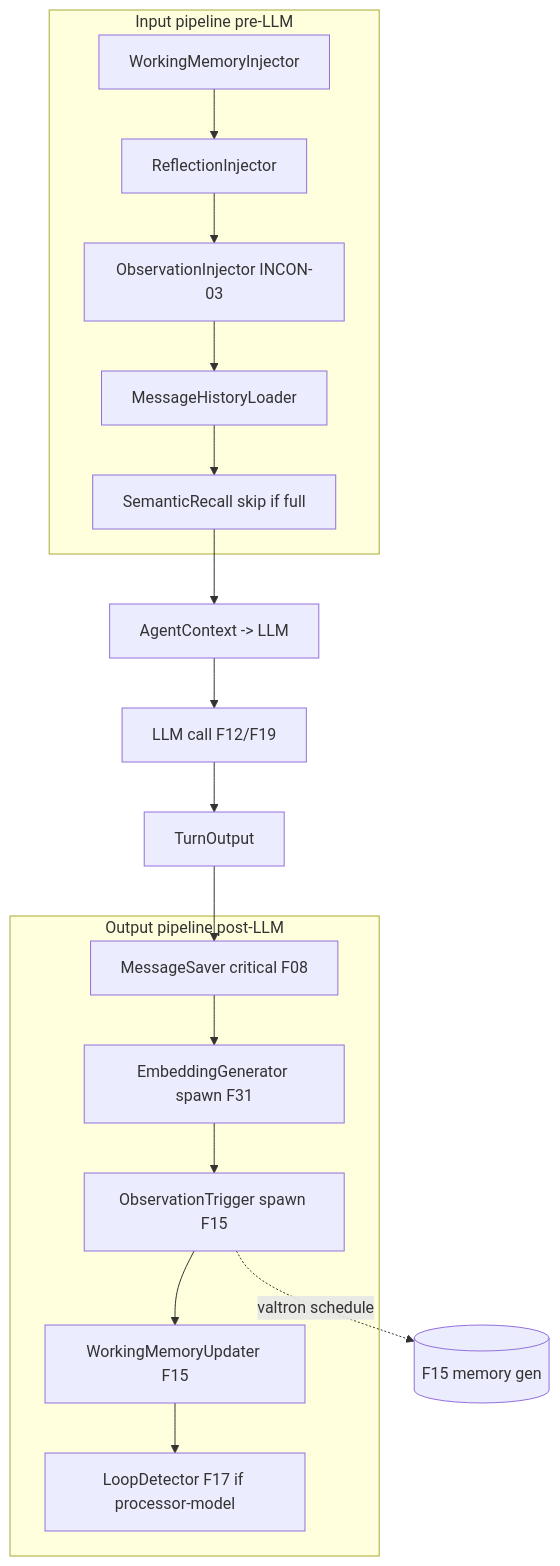
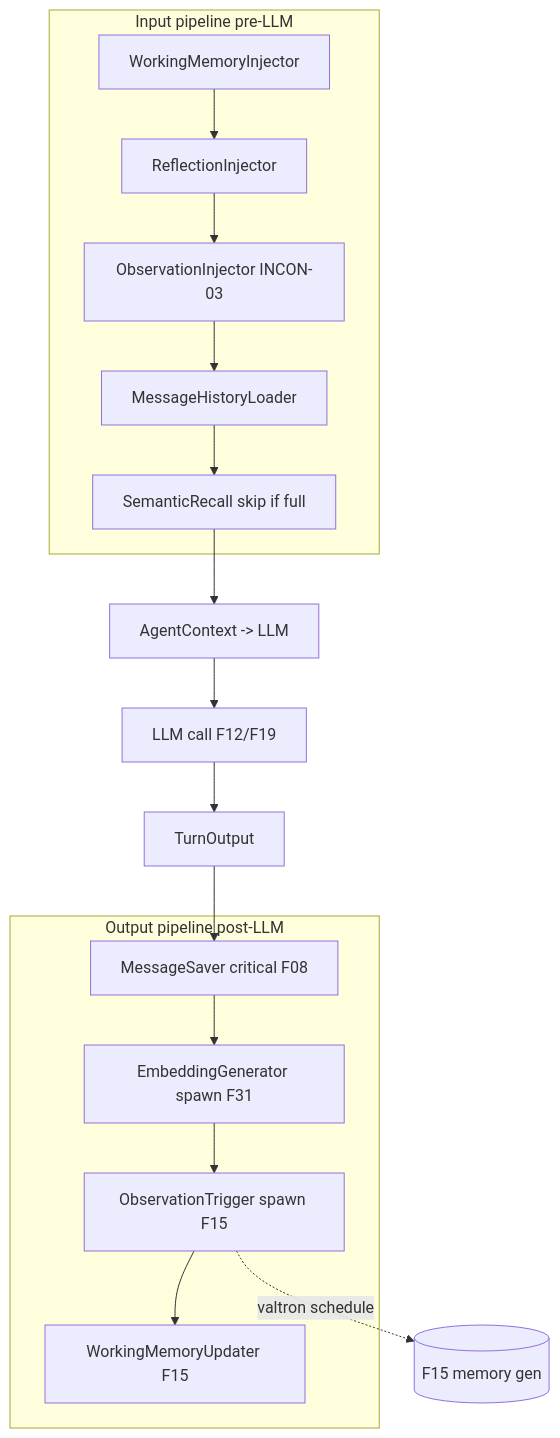
One commit to ewe-studios/ewe_platform changed the diagram in specifications/36-agentic-api/features/14-input-output-processors/feature.md. Above: the diagram before and after it, drawn with Mermaid. The commit also changed other lines of this file and 3 other files, not shown here.

First line of the commit message:
spec(36): resolve Item #3 — tight inner loop + inline loop detection

````diff
--- a/specifications/36-agentic-api/features/14-input-output-processors/feature.md
+++ b/specifications/36-agentic-api/features/14-input-output-processors/feature.md
@@ -144,14 +145,15 @@
 ```mermaid
 graph TD
     subgraph Input pipeline pre-LLM
     WMI[WorkingMemoryInjector] --> RI[ReflectionInjector] --> OI[ObservationInjector INCON-03] --> MH[MessageHistoryLoader] --> SR[SemanticRecall skip if full]
     end
     SR --> CTX[AgentContext -> LLM]
     CTX --> LLM[LLM call F12/F19]
     LLM --> TO[TurnOutput]
     subgraph Output pipeline post-LLM
-    MS[MessageSaver critical F08] --> EG[EmbeddingGenerator spawn F31] --> OT[ObservationTrigger spawn F15] --> WU[WorkingMemoryUpdater F15] --> LD[LoopDetector F17 if processor-model]
+    MS[MessageSaver critical F08] --> EG[EmbeddingGenerator spawn F31] --> OT[ObservationTrigger spawn F15] --> WU[WorkingMemoryUpdater F15]
+    %% no LoopDetector here — it's an inline inner-loop check in F19 (Item #3)
     end
     TO --> MS
     OT -. valtron schedule .-> MEM[(F15 memory gen)]
 ```
````
